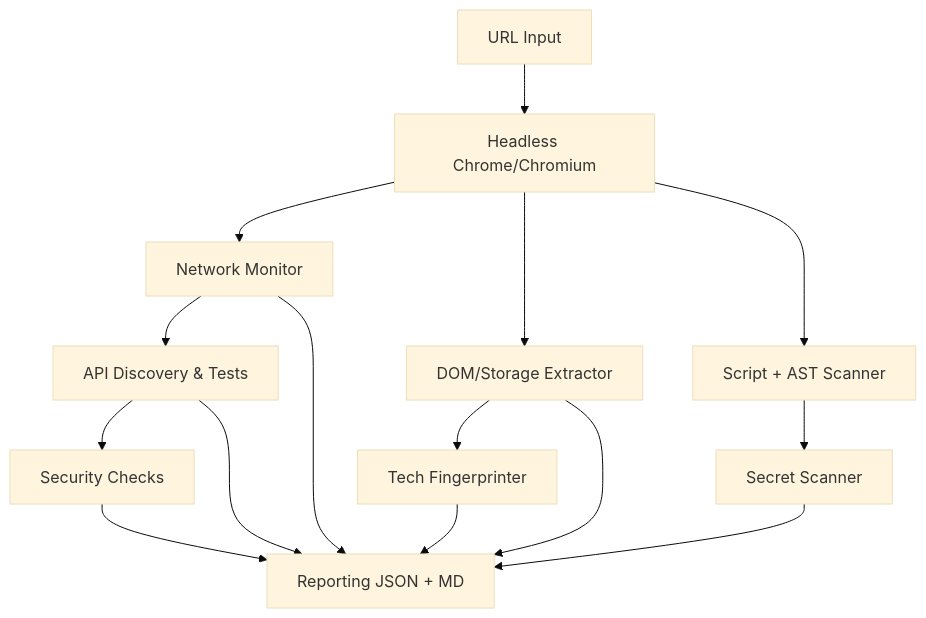
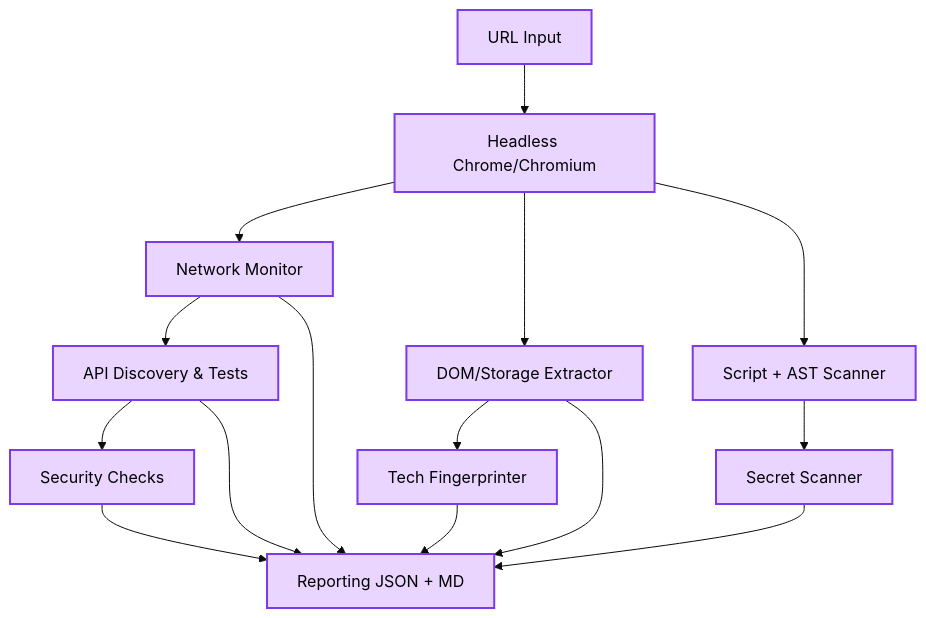
One commit to ul0gic/corrode changed the first of 3 diagrams in README.md. Above: the diagram before and after it, drawn with Mermaid (base theme). The commit also changed other lines of this file and 1 other file, not shown here.

Commit message:
docs: simplify flowcharts and remove install script

````diff
--- a/README.md
+++ b/README.md
@@ -31,17 +31,20 @@
 ```mermaid
 graph TD
     A[URL Input] --> B[Headless Chrome/Chromium]
     B --> C[Network Monitor]
     B --> D[DOM/Storage Extractor]
     B --> E[Script + AST Scanner]
     E --> G[Secret Scanner]
     D --> H[Tech Fingerprinter]
     C --> F[API Discovery & Tests]
     F --> I[Security Checks]
     G --> Results[Reporting JSON + MD]
     F --> Results
     C --> Results
     D --> Results
     H --> Results
     I --> Results
+
+    classDef purple fill:#e9d5ff,stroke:#7c3aed,stroke-width:2px,color:#000
+    class A,B,C,D,E,F,G,H,I,Results purple
 ```
````
